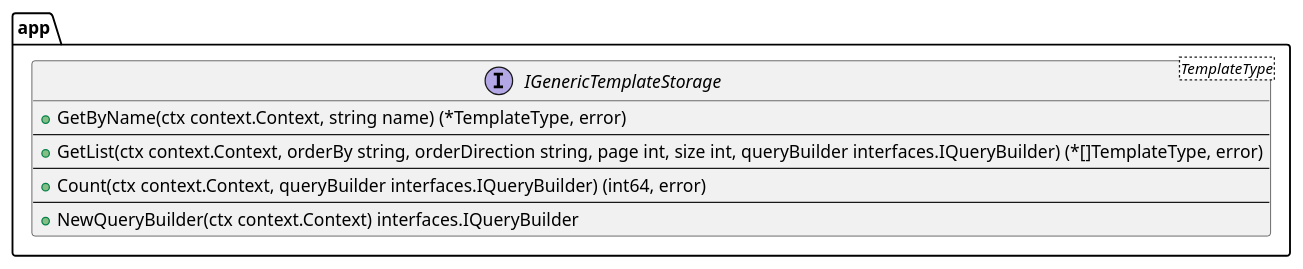
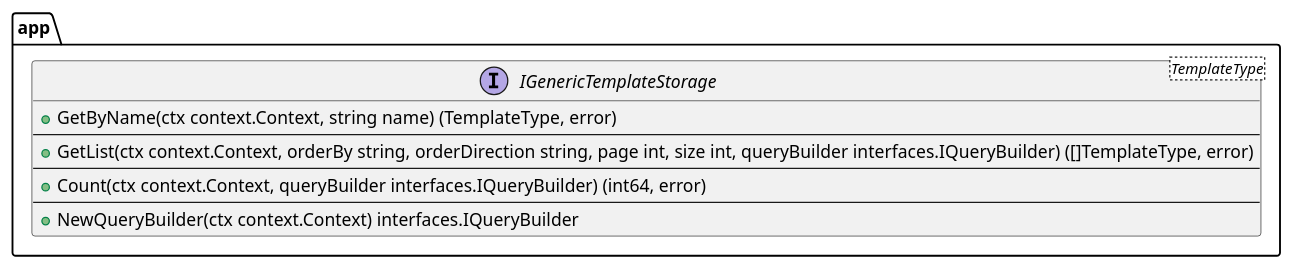
The diagram in docs/plantuml/interfaces/IGenericTemplateStorage.puml (lf-edge/rol), drawn with PlantUML before and after one commit. The commit also changed 4 other files, not shown here.

```diff
--- a/docs/plantuml/interfaces/IGenericTemplateStorage.puml
+++ b/docs/plantuml/interfaces/IGenericTemplateStorage.puml
@@ -1,15 +1,15 @@
 @startuml
 
 package app {
     interface IGenericTemplateStorage<TemplateType> {
-        +GetByName(ctx context.Context, string name) (*TemplateType, error)
+        +GetByName(ctx context.Context, string name) (TemplateType, error)
         --
-        +GetList(ctx context.Context, orderBy string, orderDirection string, page int, size int, queryBuilder interfaces.IQueryBuilder) (*[]TemplateType, error)
+        +GetList(ctx context.Context, orderBy string, orderDirection string, page int, size int, queryBuilder interfaces.IQueryBuilder) ([]TemplateType, error)
         --
         +Count(ctx context.Context, queryBuilder interfaces.IQueryBuilder) (int64, error)
         --
         +NewQueryBuilder(ctx context.Context) interfaces.IQueryBuilder
     }
 }
 
 @enduml
```
